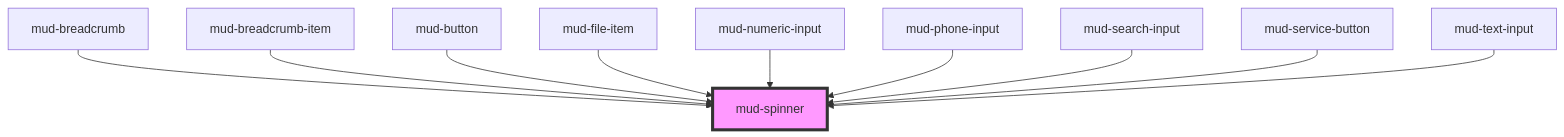
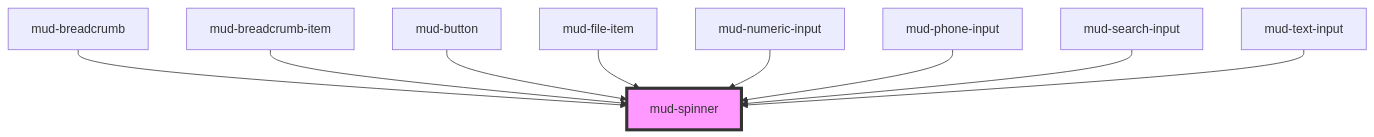
Before and after one commit to egov-moldova/design-system: the diagram in src/components/mud-spinner/readme.md, drawn with Mermaid. The commit also changed other lines of this file and 23 other files, not shown here.

First line of the commit message:
feat(service-button)!: remove mud-service-button

````diff
--- a/src/components/mud-spinner/readme.md
+++ b/src/components/mud-spinner/readme.md
@@ -40,13 +39,12 @@
 ```mermaid
 graph TD;
   mud-breadcrumb --> mud-spinner
   mud-breadcrumb-item --> mud-spinner
   mud-button --> mud-spinner
   mud-file-item --> mud-spinner
   mud-numeric-input --> mud-spinner
   mud-phone-input --> mud-spinner
   mud-search-input --> mud-spinner
-  mud-service-button --> mud-spinner
   mud-text-input --> mud-spinner
   style mud-spinner fill:#f9f,stroke:#333,stroke-width:4px
 ```
````
